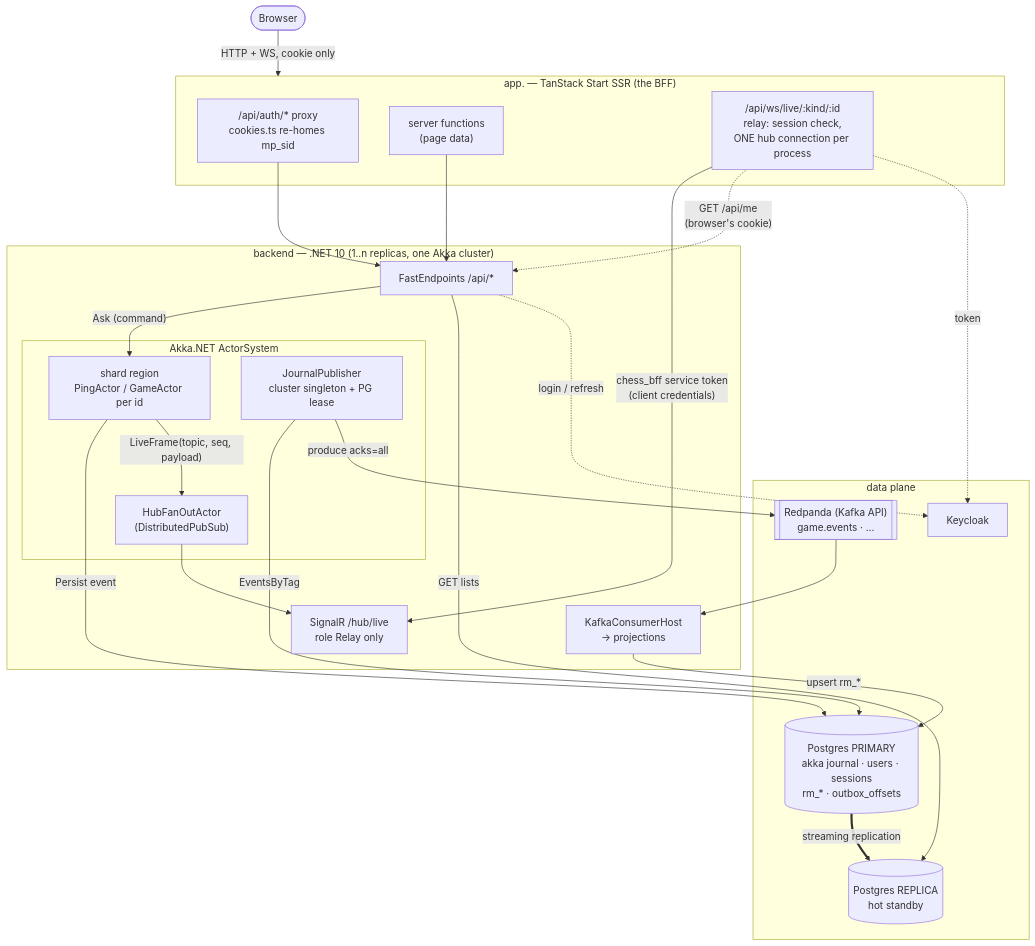
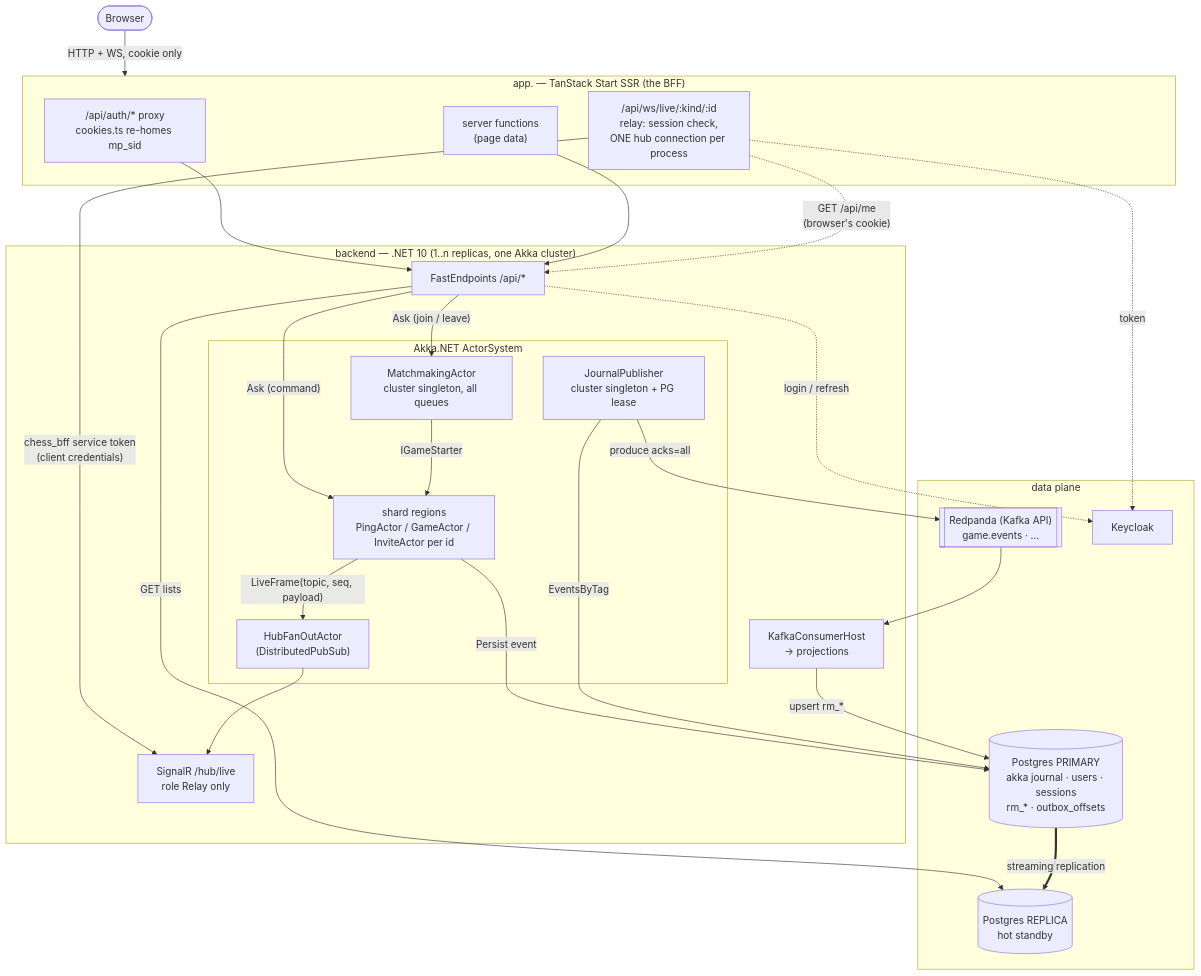
Before and after one commit to Aliendreamer/chess: the first of 8 diagrams in openspec/architecture.md, drawn with Mermaid. The commit also changed other lines of this file and 3 other files, not shown here.

Commit message:
docs(repo): matchmaking and invites in architecture

````diff
--- a/openspec/architecture.md
+++ b/openspec/architecture.md
@@ -18,44 +18,47 @@
 ```mermaid
 flowchart TB
     browser([Browser])
 
     subgraph bff["app. — TanStack Start SSR (the BFF)"]
         proxy["/api/auth/* proxy<br/>cookies.ts re-homes mp_sid"]
         sfn["server functions<br/>(page data)"]
         relay["/api/ws/live/:kind/:id<br/>relay: session check,<br/>ONE hub connection per process"]
     end
 
     subgraph be["backend — .NET 10 (1..n replicas, one Akka cluster)"]
         http["FastEndpoints /api/*"]
         hub["SignalR /hub/live<br/>role Relay only"]
         subgraph akka["Akka.NET ActorSystem"]
-            region["shard region<br/>PingActor / GameActor per id"]
+            region["shard regions<br/>PingActor / GameActor / InviteActor per id"]
+            mm["MatchmakingActor<br/>cluster singleton, all queues"]
             fanout["HubFanOutActor<br/>(DistributedPubSub)"]
             pub["JournalPublisher<br/>cluster singleton + PG lease"]
         end
         proj["KafkaConsumerHost<br/>→ projections"]
     end
 
     subgraph data["data plane"]
         primary[("Postgres PRIMARY<br/>akka journal · users · sessions<br/>rm_* · outbox_offsets")]
         replica[("Postgres REPLICA<br/>hot standby")]
         kafka[["Redpanda (Kafka API)<br/>game.events · …"]]
         kc["Keycloak"]
     end
 
     browser -- "HTTP + WS, cookie only" --> bff
     proxy --> http
     sfn --> http
     relay -- "chess_bff service token<br/>(client credentials)" --> hub
     relay -. "GET /api/me<br/>(browser's cookie)" .-> http
     relay -. "token" .-> kc
     http -- "Ask (command)" --> region
+    http -- "Ask (join / leave)" --> mm
+    mm -- "IGameStarter" --> region
     http -- "GET lists" --> replica
     http -. "login / refresh" .-> kc
     region -- "Persist event" --> primary
     region -- "LiveFrame(topic, seq, payload)" --> fanout --> hub
     pub -- "EventsByTag" --> primary
     pub -- "produce acks=all" --> kafka
     kafka --> proj -- "upsert rm_*" --> primary
     primary == "streaming replication" ==> replica
 ```
````
